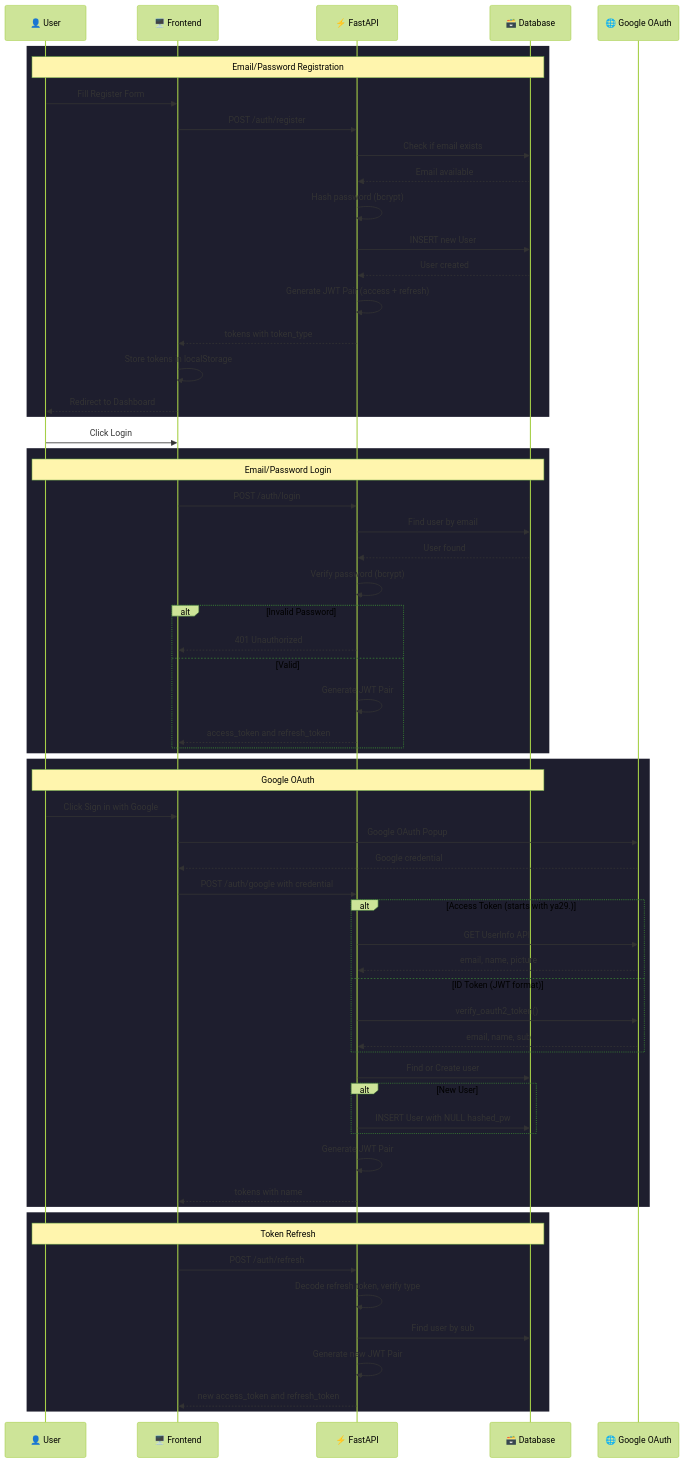
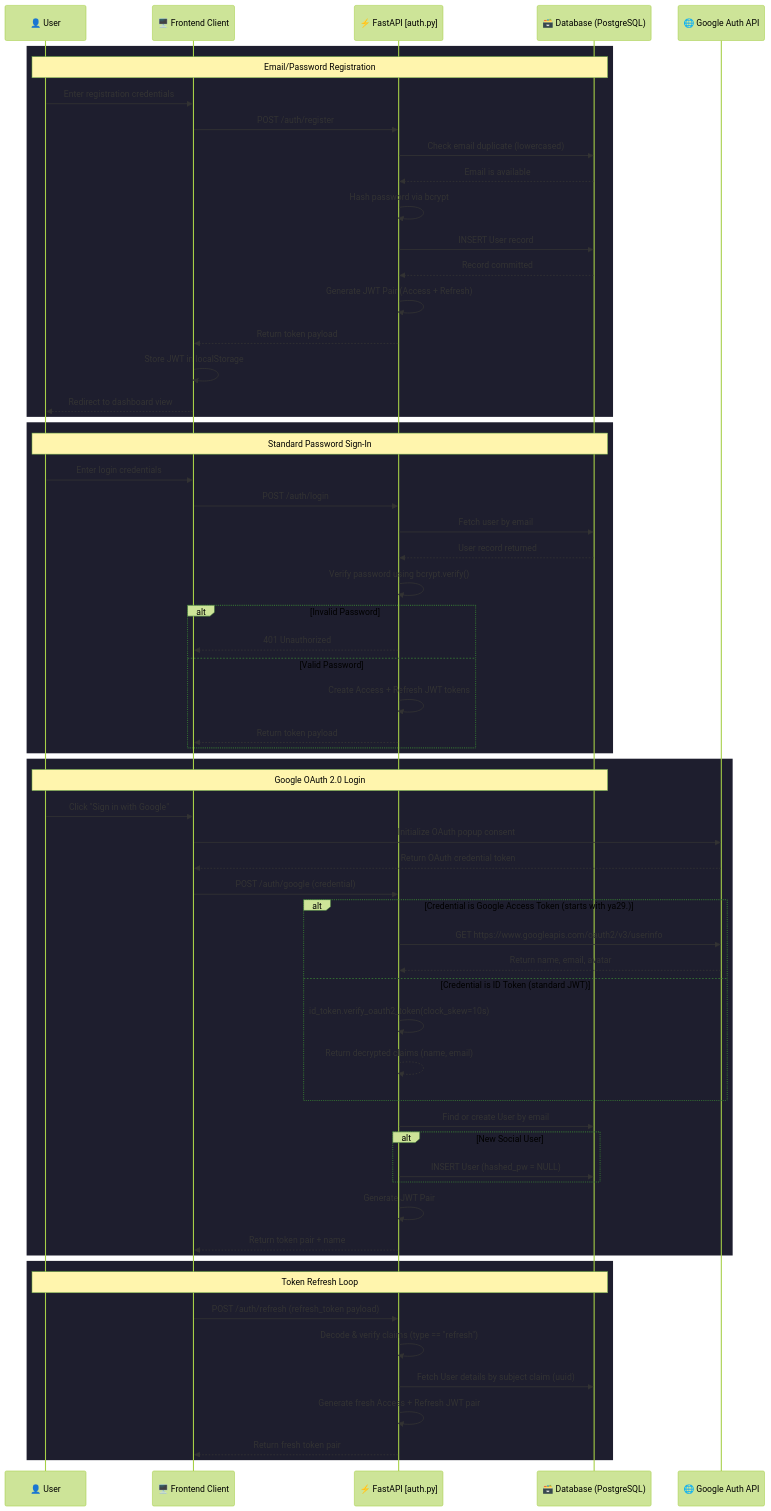
Diagram 27 of 33 in documentation/ARCHITECTURE.md (Anil-Pradhan-web/ai-career-mentor), drawn with Mermaid (forest theme) before and after one commit. The commit also changed other lines of this file and 3 other files, not shown here.

First line of the commit message:
docs: update all documentation — ARCHITECTURE, SYSTEM, API, DOCKER_GUIDE verified against codebase

````diff
--- a/documentation/ARCHITECTURE.md
+++ b/documentation/ARCHITECTURE.md
@@ -1755,71 +1841,70 @@
 ```mermaid
 sequenceDiagram
-    participant U as 👤 User
-    participant F as 🖥️ Frontend
-    participant A as ⚡ FastAPI
-    participant DB as 🗃️ Database
-    participant G as 🌐 Google OAuth
+    participant User as 👤 User
+    participant Frontend as 🖥️ Frontend Client
+    participant Backend as ⚡ FastAPI [auth.py]
+    participant DB as 🗃️ Database (PostgreSQL)
+    participant Google as 🌐 Google Auth API
 
     rect rgb(30, 30, 46)
-        Note over U,DB: Email/Password Registration
-        U->>F: Fill Register Form
-        F->>A: POST /auth/register
-        A->>DB: Check if email exists
-        DB-->>A: Email available
-        A->>A: Hash password (bcrypt)
-        A->>DB: INSERT new User
-        DB-->>A: User created
-        A->>A: Generate JWT Pair (access + refresh)
-        A-->>F: tokens with token_type
-        F->>F: Store tokens in localStorage
-        F-->>U: Redirect to Dashboard
+        Note over User,DB: Email/Password Registration
+        User->>Frontend: Enter registration credentials
+        Frontend->>Backend: POST /auth/register
+        Backend->>DB: Check email duplicate (lowercased)
+        DB-->>Backend: Email is available
+        Backend->>Backend: Hash password via bcrypt
+        Backend->>DB: INSERT User record
+        DB-->>Backend: Record committed
+        Backend->>Backend: Generate JWT Pair (Access + Refresh)
+        Backend-->>Frontend: Return token payload
+        Frontend->>Frontend: Store JWT in localStorage
+        Frontend-->>User: Redirect to dashboard view
     end
 
-    U->>F: Click Login
     rect rgb(30, 30, 46)
-        Note over U,DB: Email/Password Login
-        F->>A: POST /auth/login
-        A->>DB: Find user by email
-        DB-->>A: User found
-        A->>A: Verify password (bcrypt)
+        Note over User,DB: Standard Password Sign-In
+        User->>Frontend: Enter login credentials
+        Frontend->>Backend: POST /auth/login
+        Backend->>DB: Fetch user by email
+        DB-->>Backend: User record returned
+        Backend->>Backend: Verify password using bcrypt.verify()
         alt Invalid Password
-            A-->>F: 401 Unauthorized
-        else Valid
-            A->>A: Generate JWT Pair
-            A-->>F: access_token and refresh_token
+            Backend-->>Frontend: 401 Unauthorized
+        else Valid Password
+            Backend->>Backend: Create Access + Refresh JWT tokens
+            Backend-->>Frontend: Return token payload
         end
     end
 
     rect rgb(30, 30, 46)
-        Note over U,DB: Google OAuth
-        U->>F: Click Sign in with Google
-        F->>G: Google OAuth Popup
-        G-->>F: Google credential
-        F->>A: POST /auth/google with credential
+        Note over User,DB: Google OAuth 2.0 Login
+        User->>Frontend: Click "Sign in with Google"
+        Frontend->>Google: Initialize OAuth popup consent
+        Google-->>Frontend: Return OAuth credential token
+        Frontend->>Backend: POST /auth/google (credential)
         
-        alt Access Token (starts with ya29.)
-            A->>G: GET UserInfo API
-            G-->>A: email, name, picture
-        else ID Token (JWT format)
-            A->>G: verify_oauth2_token()
-            G-->>A: email, name, sub
+        alt Credential is Google Access Token (starts with ya29.)
+            Backend->>Google: GET https://www.googleapis.com/oauth2/v3/userinfo
+            Google-->>Backend: Return name, email, avatar
+        else Credential is ID Token (standard JWT)
+            Backend->>Backend: id_token.verify_oauth2_token(clock_skew=10s)
+            Backend-->>Backend: Return decrypted claims (name, email)
         end
         
-        A->>DB: Find or Create user
-        alt New User
-            A->>DB: INSERT User with NULL hashed_pw
+        Backend->>DB: Find or create User by email
+        alt New Social User
+            Backend->>DB: INSERT User (hashed_pw = NULL)
         end
-        
-        A->>A: Generate JWT Pair
-        A-->>F: tokens with name
+        Backend->>Backend: Generate JWT Pair
+        Backend-->>Frontend: Return token pair + name
     end
 
     rect rgb(30, 30, 46)
-        Note over U,DB: Token Refresh
-        F->>A: POST /auth/refresh
-        A->>A: Decode refresh token, verify type
-        A->>DB: Find user by sub
-        A->>A: Generate new JWT Pair
-        A-->>F: new access_token and refresh_token
+        Note over User,DB: Token Refresh Loop
+        Frontend->>Backend: POST /auth/refresh (refresh_token payload)
+        Backend->>Backend: Decode & verify claims (type == "refresh")
+        Backend->>DB: Fetch User details by subject claim (uuid)
+        Backend->>Backend: Generate fresh Access + Refresh JWT pair
+        Backend-->>Frontend: Return fresh token pair
     end
 ```
````
